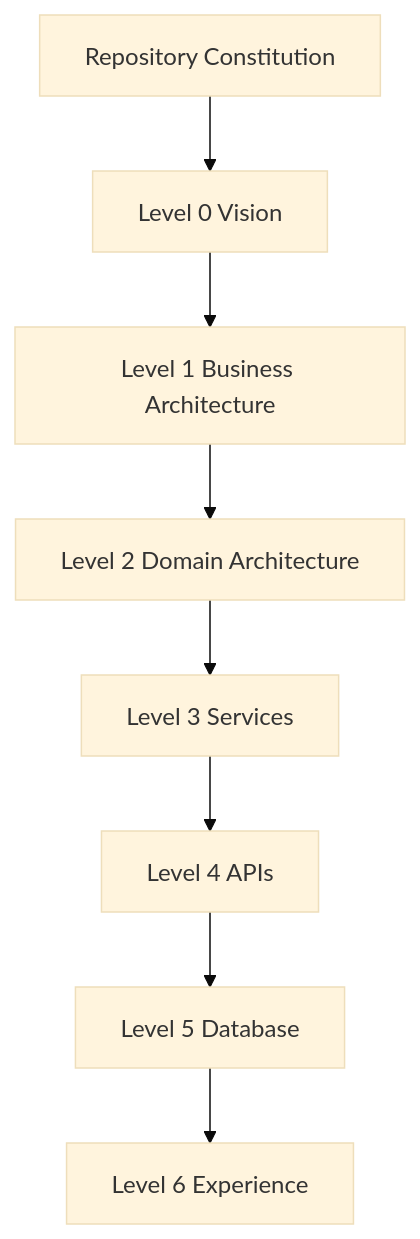
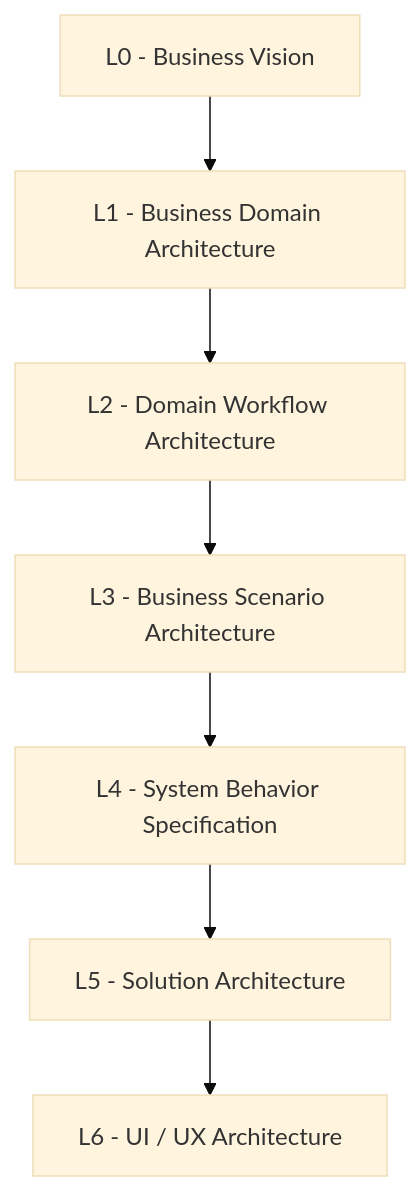
One commit to Varad1604/ERP_hark changed the first of 4 diagrams in governance/constitution/Volume_3_Architecture_Framework.md. Above: the diagram before and after it, drawn with Mermaid (base theme). The commit also changed other lines of this file and 94 other files, not shown here.

````diff
--- a/governance/constitution/Volume_3_Architecture_Framework.md
+++ b/governance/constitution/Volume_3_Architecture_Framework.md
@@ -33,19 +33,10 @@
 ```mermaid
 flowchart TD
-
-A["Repository Constitution"]
-
--->B["Level 0 Vision"]
-
--->C["Level 1 Business Architecture"]
-
--->D["Level 2 Domain Architecture"]
-
--->E["Level 3 Services"]
-
--->F["Level 4 APIs"]
-
--->G["Level 5 Database"]
-
--->H["Level 6 Experience"]
+L0["L0 - Business Vision"]
+-->L1["L1 - Business Domain Architecture"]
+-->L2["L2 - Domain Workflow Architecture"]
+-->L3["L3 - Business Scenario Architecture"]
+-->L4["L4 - System Behavior Specification"]
+-->L5["L5 - Solution Architecture"]
+-->L6["L6 - UI / UX Architecture"]
 ```
````
